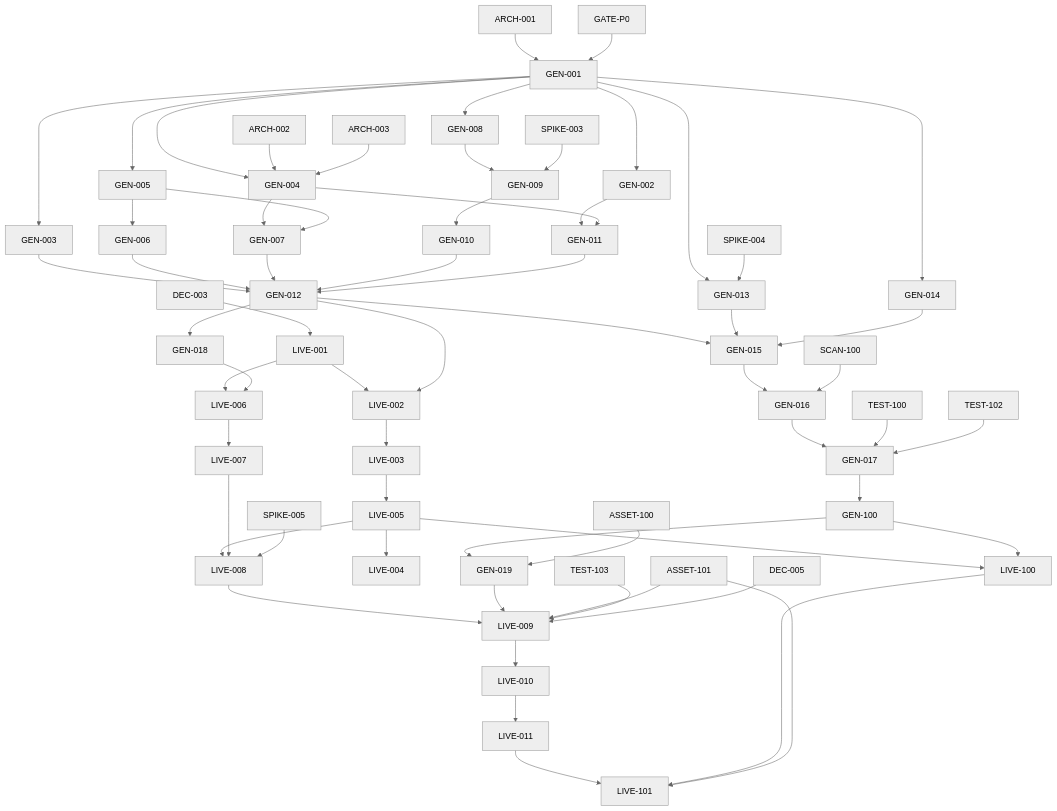
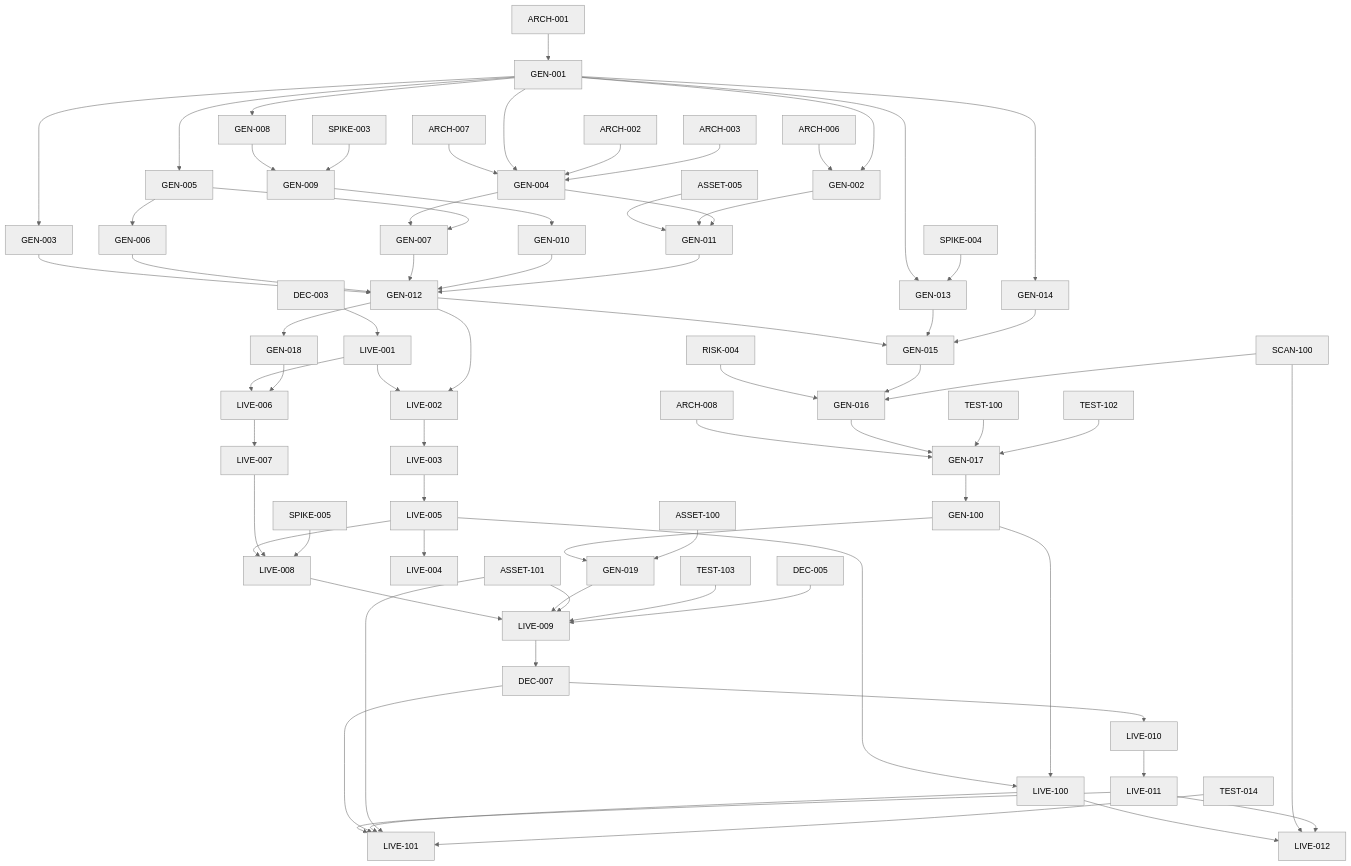
Before and after one commit to delta97/sim-palms: the diagram in plans/detailed/04-fs2024-integration.md, drawn with Mermaid (neutral theme). The commit also changed other lines of this file and 66 other files, not shown here.

````diff
--- a/plans/detailed/04-fs2024-integration.md
+++ b/plans/detailed/04-fs2024-integration.md
@@ -881,47 +887,56 @@
 ```mermaid
 flowchart TD
   ARCH001[ARCH-001] --> G1[GEN-001]
-  P0[GATE-P0] --> G1
+  ARCH006[ARCH-006] --> G2
+  ARCH007[ARCH-007] --> G4
+  A005[ASSET-005] --> G11
+  R004[RISK-004] --> G16
+  ARCH008[ARCH-008] --> G17
   G1 --> G2[GEN-002] & G3[GEN-003] & G4[GEN-004] & G5[GEN-005] & G8[GEN-008] & G14[GEN-014]
   ARCH002[ARCH-002] --> G4
   ARCH003[ARCH-003] --> G4
   G5 --> G6[GEN-006]
   G4 --> G7[GEN-007]
   G5 --> G7
   G8 --> G9[GEN-009]
   S3[SPIKE-003] --> G9
   G9 --> G10[GEN-010]
   G2 --> G11[GEN-011]
   G4 --> G11
   G3 & G6 & G7 & G10 & G11 --> G12[GEN-012]
   G1 --> G13[GEN-013]
   S4[SPIKE-004] --> G13
   G12 & G13 & G14 --> G15[GEN-015]
   G15 --> G16[GEN-016]
   SCAN100[SCAN-100] --> G16
   G16 --> G17[GEN-017]
   T100[TEST-100] --> G17
   T102[TEST-102] --> G17
   G17 --> G100[GEN-100]
   G100 --> G19[GEN-019]
   A100[ASSET-100] --> G19
   G12 --> G18[GEN-018]
   D3[DEC-003] --> L1[LIVE-001]
   L1 --> L2[LIVE-002]
   G12 --> L2
   L2 --> L3[LIVE-003] --> L5[LIVE-005] --> L4[LIVE-004]
   L5 --> L100[LIVE-100]
   G100 --> L100
   L1 --> L6[LIVE-006]
   G18 --> L6
   L6 --> L7[LIVE-007]
   L5 & L7 --> L8[LIVE-008]
   S5[SPIKE-005] --> L8
   L8 & G19 --> L9[LIVE-009]
   A101[ASSET-101] --> L9
   T103[TEST-103] --> L9
   D5[DEC-005] --> L9
-  L9 --> L10[LIVE-010] --> L11[LIVE-011] --> L101[LIVE-101]
+  L9 --> D7[DEC-007] --> L10[LIVE-010] --> L11[LIVE-011] --> L101[LIVE-101]
+  D7 --> L101
   L100 --> L101
   A101 --> L101
+  T014[TEST-014] --> L101
+  L100 --> L12[LIVE-012]
+  SCAN100 --> L12
+  L11 --> L12
 ```
````
